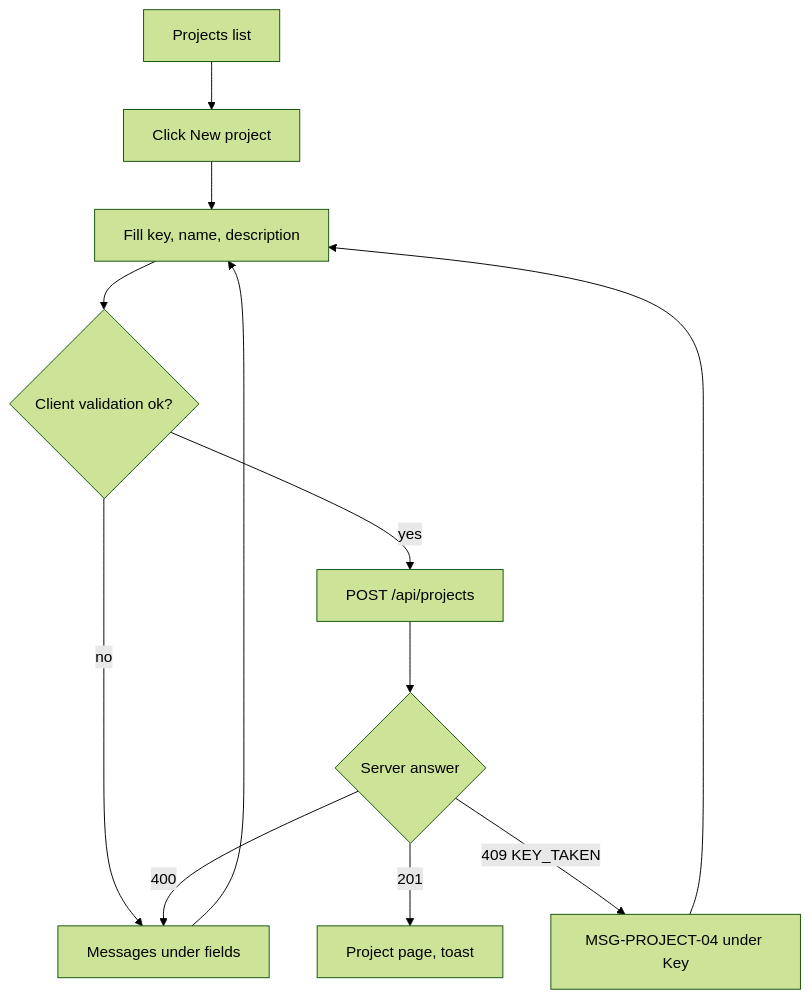
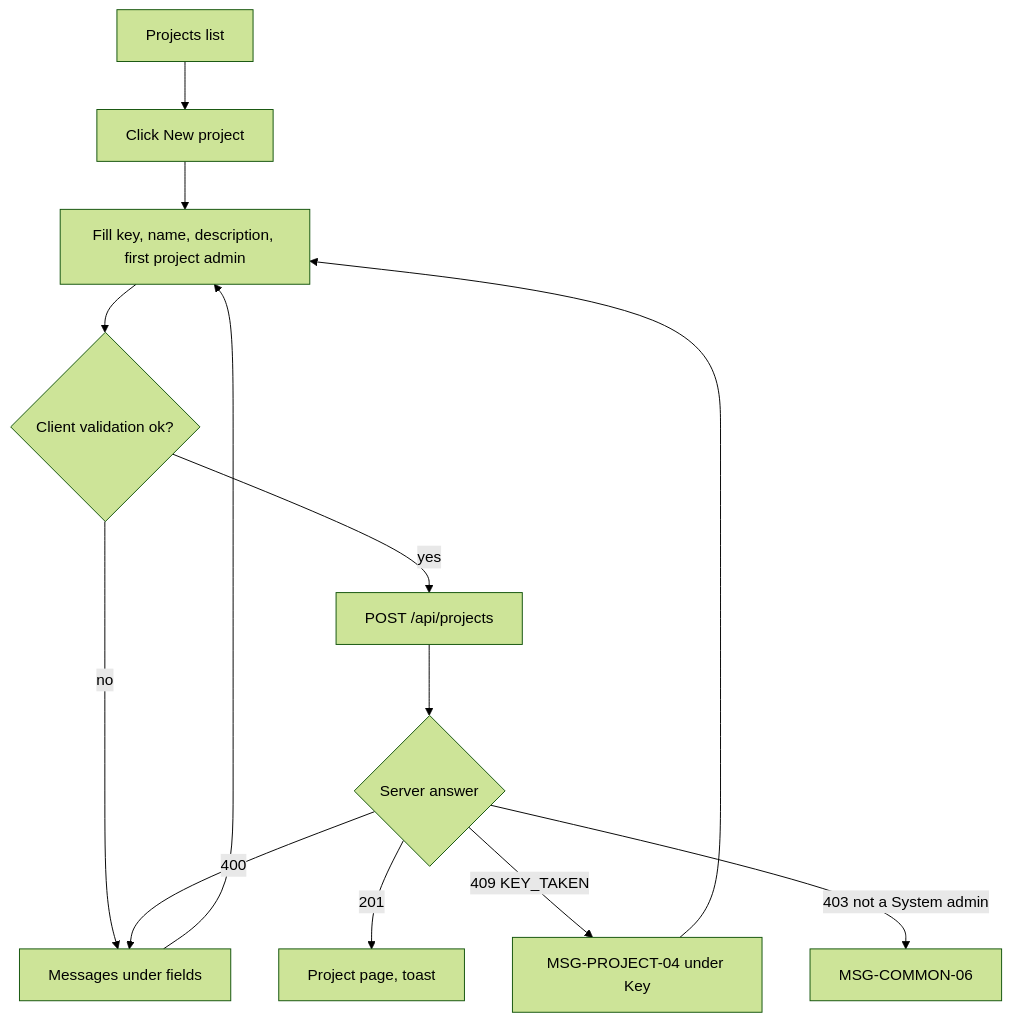
The diagram in docs/design/basic/flows/FLW-PROJECT-01-create-project.md (RITA-CHANN/qa-work-management), drawn with Mermaid (forest theme) before and after one commit. The commit also changed other lines of this file and 59 other files, not shown here.

First line of the commit message:
docs: role model v2 (Project admin / Member + job title), ADR-0011

````diff
--- a/docs/design/basic/flows/FLW-PROJECT-01-create-project.md
+++ b/docs/design/basic/flows/FLW-PROJECT-01-create-project.md
@@ -56,12 +62,13 @@
 ```mermaid
 flowchart TD
     A[Projects list] --> B[Click New project]
-    B --> C[Fill key, name, description]
+    B --> C[Fill key, name, description, first project admin]
     C --> D{Client validation ok?}
     D -- no --> E[Messages under fields] --> C
     D -- yes --> F[POST /api/projects]
     F --> G{Server answer}
     G -- 201 --> H[Project page, toast]
     G -- 409 KEY_TAKEN --> I[MSG-PROJECT-04 under Key] --> C
     G -- 400 --> E
+    G -- 403 not a System admin --> X[MSG-COMMON-06]
 ```
````
